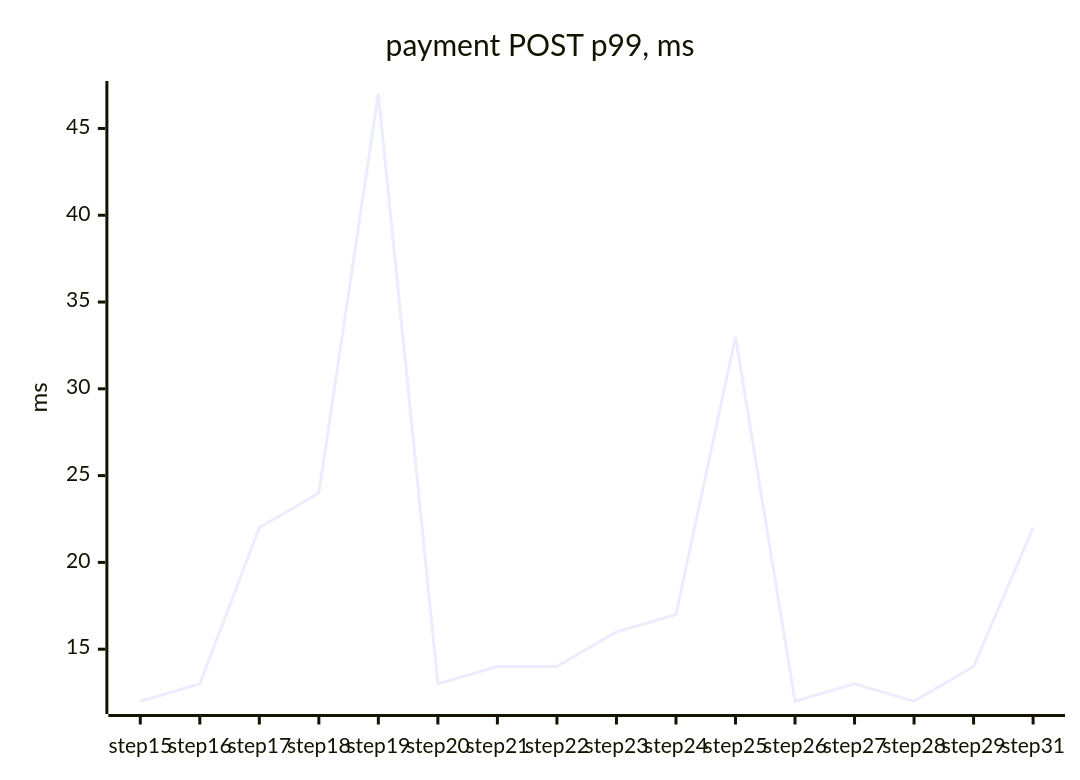
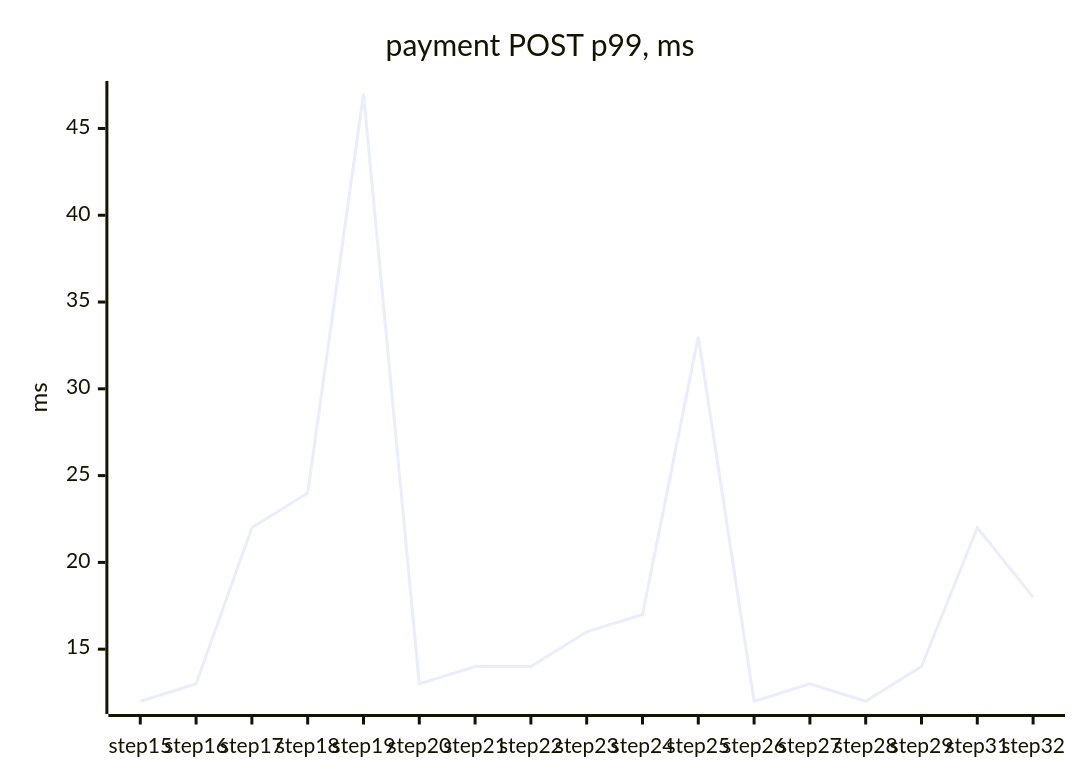
Before and after one commit to tanvoid0/ledgerflow: the third of 4 diagrams in docs/perf/README.md, drawn with Mermaid. The commit also changed other lines of this file and 5 other files, not shown here.

````diff
--- a/docs/perf/README.md
+++ b/docs/perf/README.md
@@ -120,7 +124,7 @@
 ```mermaid
 xychart-beta
     title "payment POST p99, ms"
-    x-axis ["step15", "step16", "step17", "step18", "step19", "step20", "step21", "step22", "step23", "step24", "step25", "step26", "step27", "step28", "step29", "step31"]
+    x-axis ["step15", "step16", "step17", "step18", "step19", "step20", "step21", "step22", "step23", "step24", "step25", "step26", "step27", "step28", "step29", "step31", "step32"]
     y-axis "ms"
-    line [12, 13, 22, 24, 47, 13, 14, 14, 16, 17, 33, 12, 13, 12, 14, 22]
+    line [12, 13, 22, 24, 47, 13, 14, 14, 16, 17, 33, 12, 13, 12, 14, 22, 18]
 ```
````
